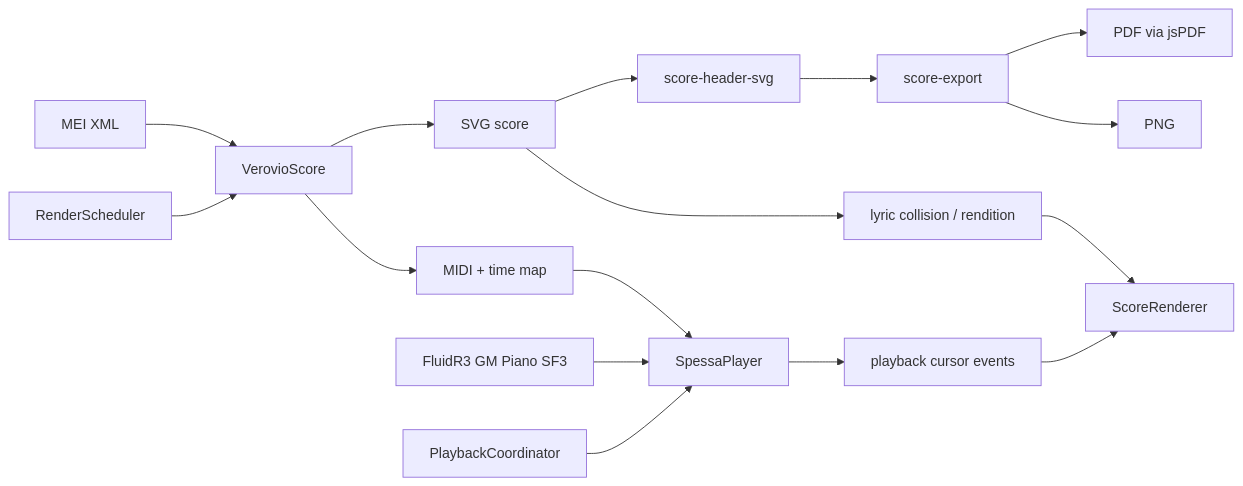
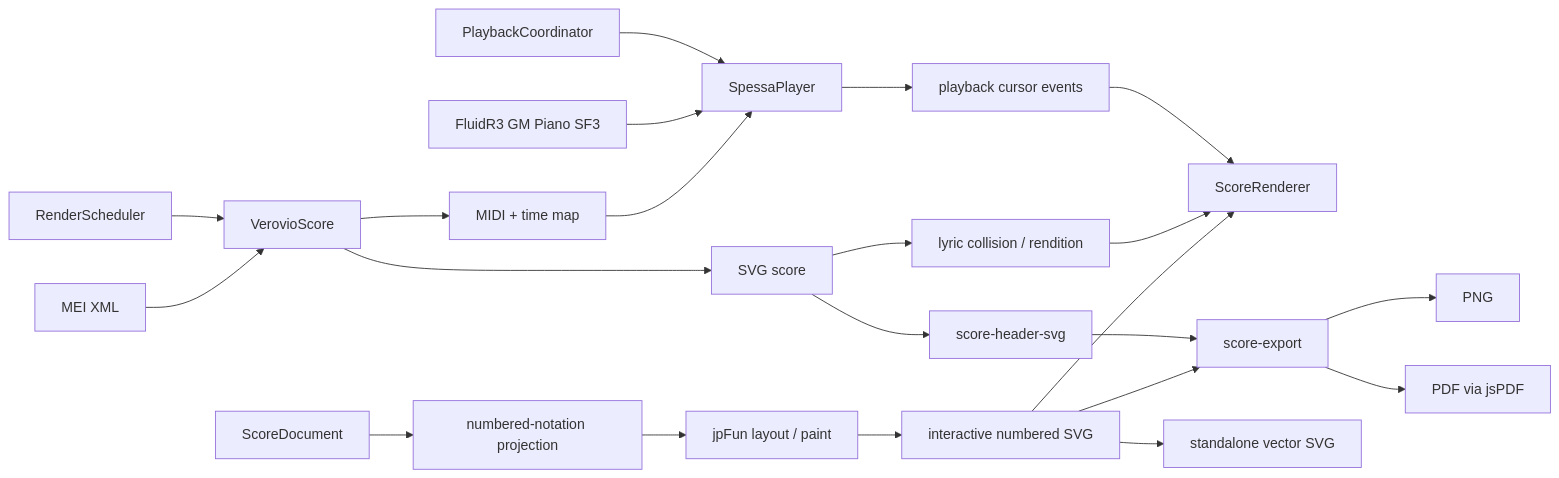
One commit to huazhechen/m3n changed the fourth of 5 diagrams in docs/CODEGRAPH.md. Above: the diagram before and after it, drawn with Mermaid. The commit also changed other lines of this file and 51 other files, not shown here.

Commit message:
Replace custom numbered notation renderer with vendored jpFun

````diff
--- a/docs/CODEGRAPH.md
+++ b/docs/CODEGRAPH.md
@@ -117,18 +122,24 @@
 ```mermaid
 flowchart LR
+  document["ScoreDocument"] --> adapter["numbered-notation projection"]
+  adapter --> jpfun["jpFun layout / paint"]
+  jpfun --> numberedSvg["interactive numbered SVG"]
+  numberedSvg --> screen
+  numberedSvg --> exporter
+  numberedSvg --> vector["standalone vector SVG"]
   mei["MEI XML"] --> verovio["VerovioScore"]
   scheduler["RenderScheduler"] --> verovio
   verovio --> svg["SVG score"]
   verovio --> midi["MIDI + time map"]
   midi --> player["SpessaPlayer"]
   soundfont["FluidR3 GM Piano SF3"] --> player
   coordinator["PlaybackCoordinator"] --> player
   player --> cursor["playback cursor events"]
   svg --> collisions["lyric collision / rendition"]
   collisions --> screen["ScoreRenderer"]
   cursor --> screen
   svg --> header["score-header-svg"]
   header --> exporter["score-export"]
   exporter --> png["PNG"]
   exporter --> pdf["PDF via jsPDF"]
 ```
````
